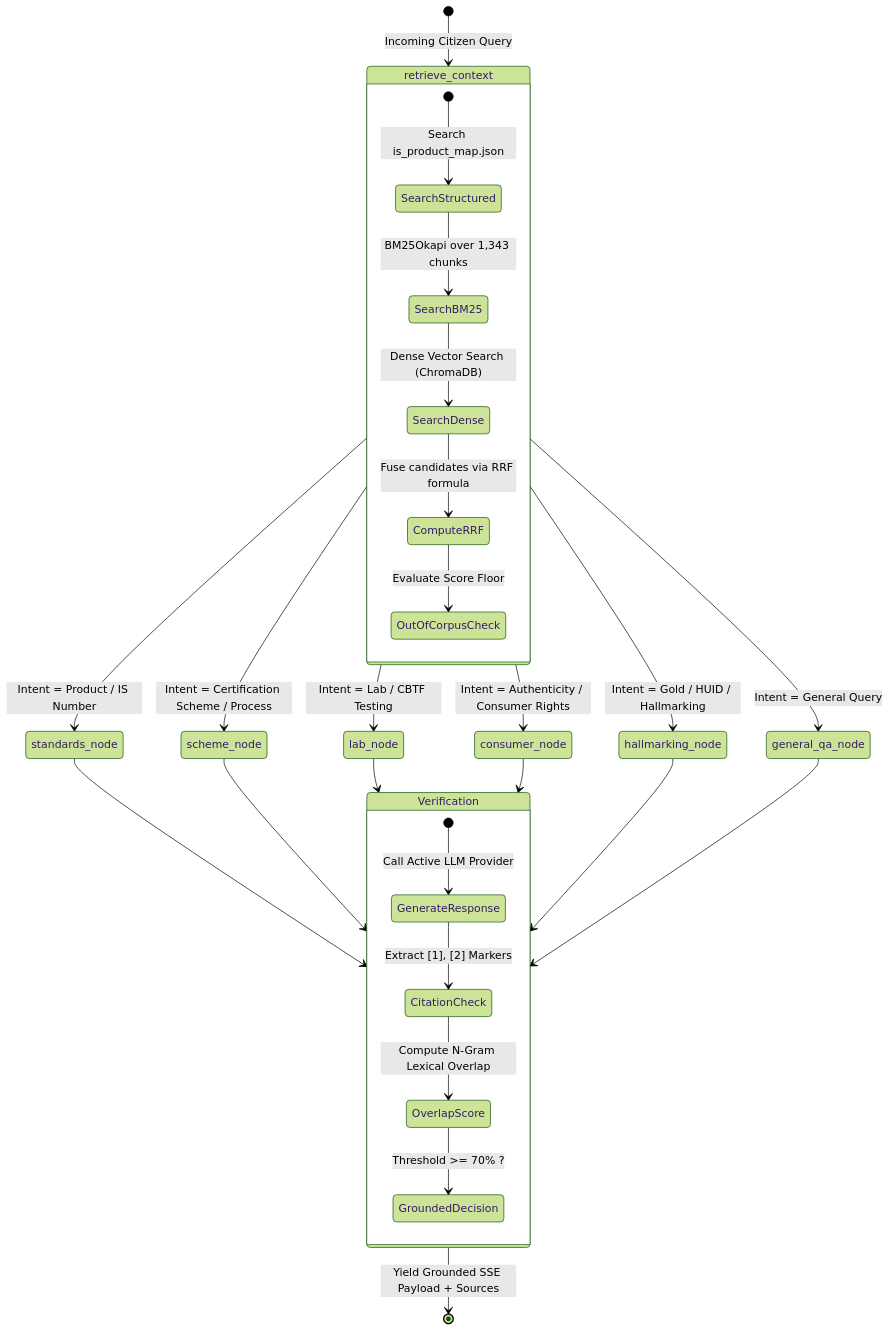
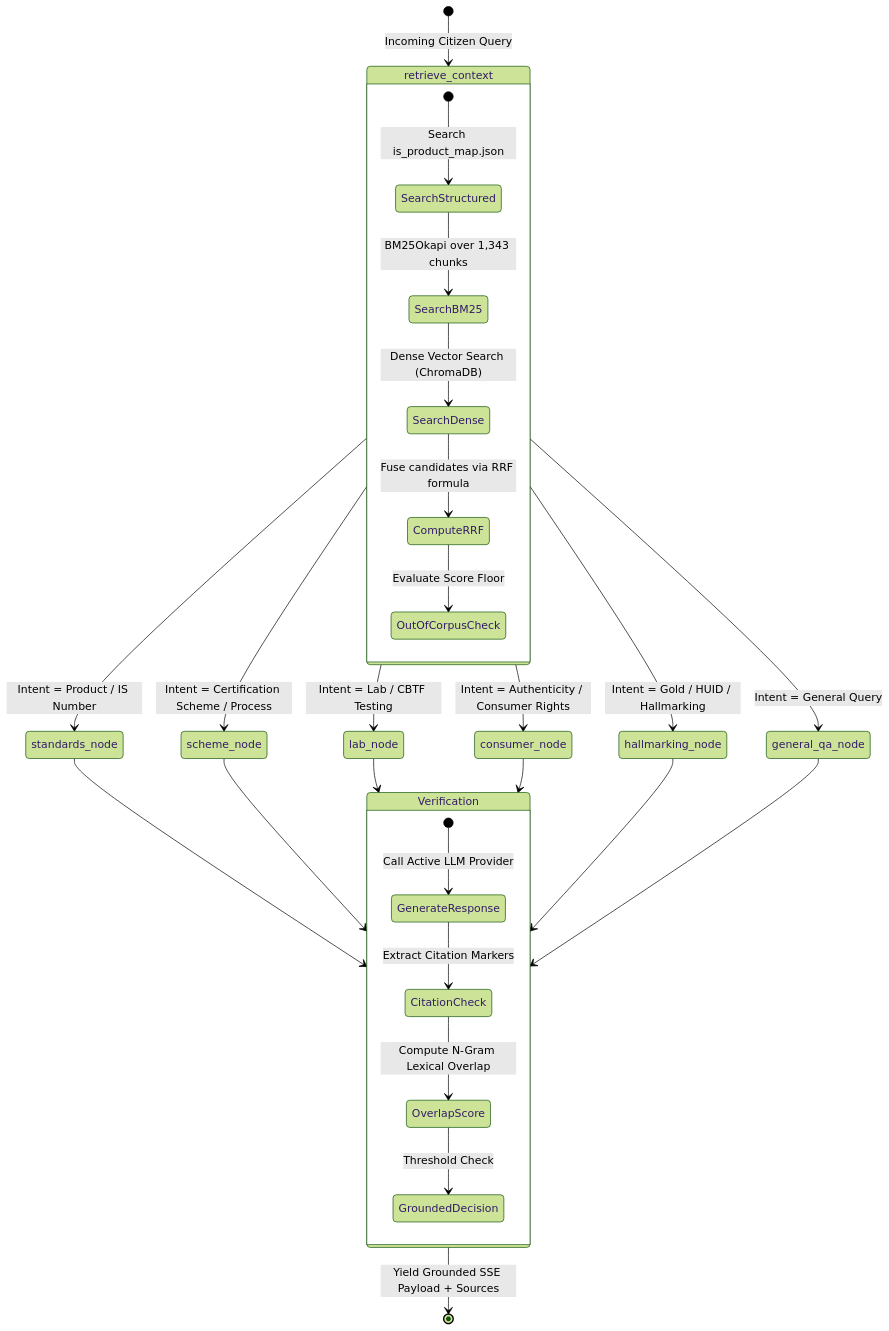
Before and after one commit to harshchavan009/BIS-Intelligence-: the second of 2 diagrams in README.md, drawn with Mermaid (forest theme). The commit also changed other lines of this file, not shown here.

First line of the commit message:
fix(docs): quote Mermaid labels and escape characters for GitHub renderer

````diff
--- a/README.md
+++ b/README.md
@@ -140,35 +151,35 @@
 ```mermaid
 stateDiagram-v2
     [*] --> retrieve_context: Incoming Citizen Query
     
     state retrieve_context {
         [*] --> SearchStructured: Search is_product_map.json
         SearchStructured --> SearchBM25: BM25Okapi over 1,343 chunks
         SearchBM25 --> SearchDense: Dense Vector Search (ChromaDB)
         SearchDense --> ComputeRRF: Fuse candidates via RRF formula
         ComputeRRF --> OutOfCorpusCheck: Evaluate Score Floor
     }
 
     retrieve_context --> standards_node: Intent = Product / IS Number
     retrieve_context --> scheme_node: Intent = Certification Scheme / Process
     retrieve_context --> lab_node: Intent = Lab / CBTF Testing
     retrieve_context --> consumer_node: Intent = Authenticity / Consumer Rights
     retrieve_context --> hallmarking_node: Intent = Gold / HUID / Hallmarking
     retrieve_context --> general_qa_node: Intent = General Query
 
     standards_node --> Verification
     scheme_node --> Verification
     lab_node --> Verification
     consumer_node --> Verification
     hallmarking_node --> Verification
     general_qa_node --> Verification
 
     state Verification {
         [*] --> GenerateResponse: Call Active LLM Provider
-        GenerateResponse --> CitationCheck: Extract [1], [2] Markers
+        GenerateResponse --> CitationCheck: Extract Citation Markers
         CitationCheck --> OverlapScore: Compute N-Gram Lexical Overlap
-        OverlapScore --> GroundedDecision: Threshold >= 70% ?
+        OverlapScore --> GroundedDecision: Threshold Check
     }
 
     Verification --> [*]: Yield Grounded SSE Payload + Sources
 ```
````
